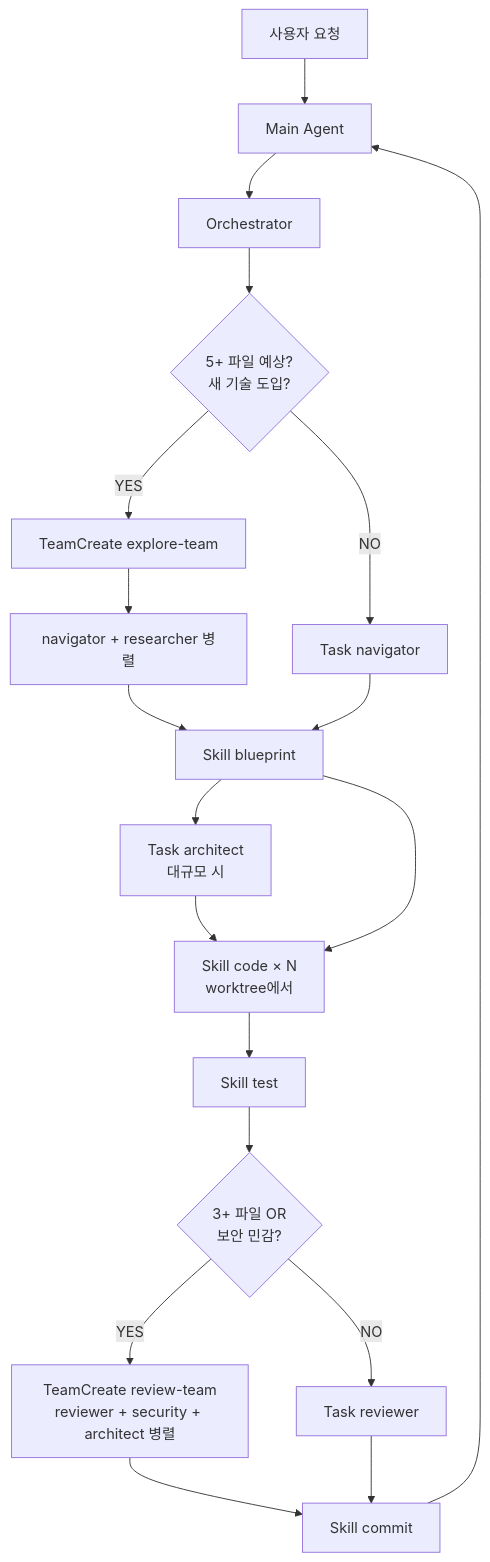
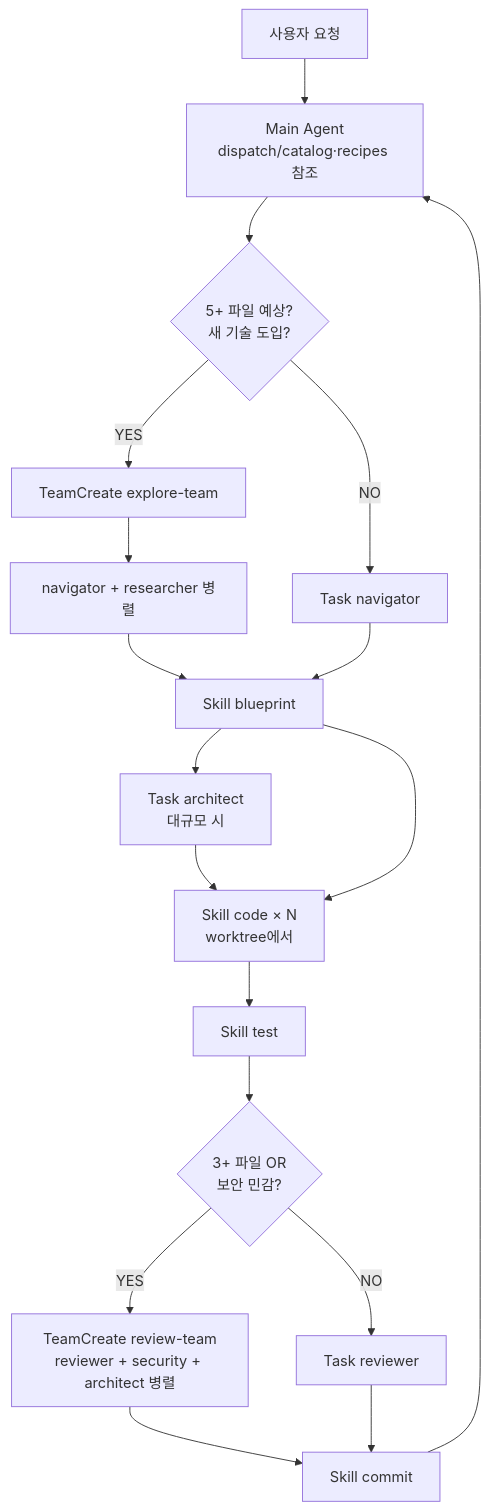
The fifth of 11 diagrams in docs/prompt-flow-after-cleanup-20260522.md (Hoodcat2255/hoodcat-harness), drawn with Mermaid before and after one commit. The commit also changed other lines of this file and 25 other files, not shown here.

````diff
--- a/docs/prompt-flow-after-cleanup-20260522.md
+++ b/docs/prompt-flow-after-cleanup-20260522.md
@@ -137,21 +132,20 @@
 ```mermaid
 flowchart TD
-    U[사용자 요청] --> M[Main Agent]
-    M --> O[Orchestrator]
-    O --> P{5+ 파일 예상?<br/>새 기술 도입?}
+    U[사용자 요청] --> M[Main Agent<br/>dispatch/catalog·recipes 참조]
+    M --> P{5+ 파일 예상?<br/>새 기술 도입?}
     P -->|YES| TE[TeamCreate explore-team]
     P -->|NO| NAV[Task navigator]
     TE --> NAVR[navigator + researcher 병렬]
     NAVR --> BP[Skill blueprint]
     NAV --> BP
     BP --> AR[Task architect<br/>대규모 시]
     AR --> CODE[Skill code × N<br/>worktree에서]
     BP --> CODE
     CODE --> TST[Skill test]
     TST --> P2{3+ 파일 OR<br/>보안 민감?}
     P2 -->|YES| TR[TeamCreate review-team<br/>reviewer + security + architect 병렬]
     P2 -->|NO| RV[Task reviewer]
     TR --> CMT[Skill commit]
     RV --> CMT
     CMT --> M
 ```
````
